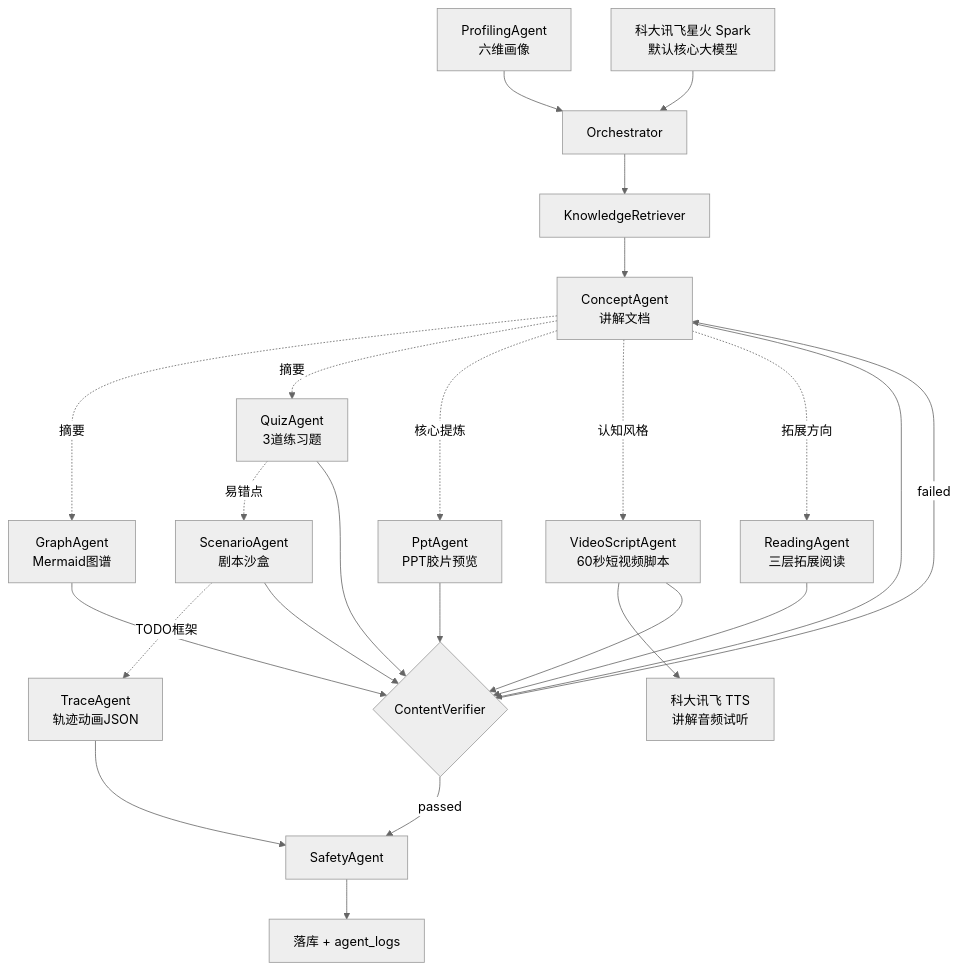
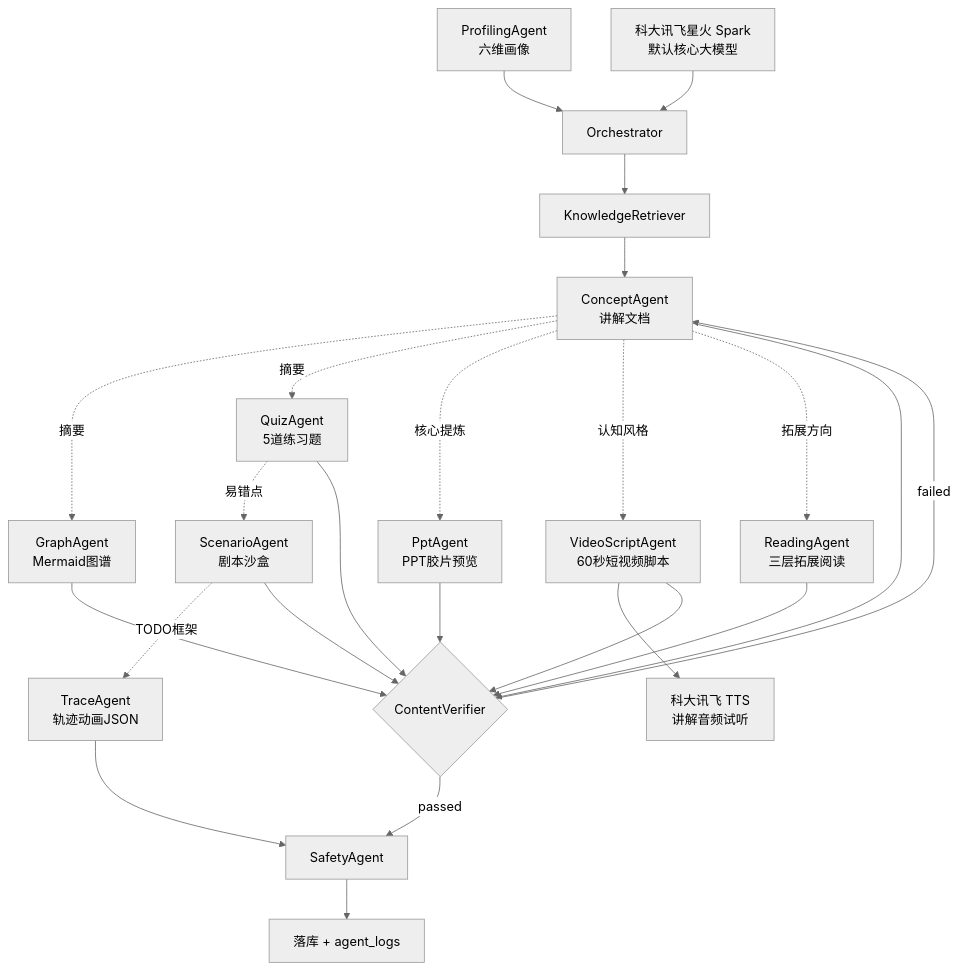
The second of 3 diagrams in README.md (GhostYEH/AlgoPilot), drawn with Mermaid (neutral theme) before and after one commit. The commit also changed other lines of this file and 133 other files, not shown here.

````diff
--- a/README.md
+++ b/README.md
@@ -139,26 +139,26 @@
 ```mermaid
 flowchart TD
   PROFILE[ProfilingAgent<br/>六维画像] --> ORCH[Orchestrator]
   SPARK[科大讯飞星火 Spark<br/>默认核心大模型] --> ORCH
   ORCH --> RAG[KnowledgeRetriever]
   RAG --> CONCEPT[ConceptAgent<br/>讲解文档]
   CONCEPT -.摘要.-> GRAPH[GraphAgent<br/>Mermaid图谱]
-  CONCEPT -.摘要.-> QUIZ[QuizAgent<br/>3道练习题]
+  CONCEPT -.摘要.-> QUIZ[QuizAgent<br/>5道练习题]
   QUIZ -.易错点.-> SCENARIO[ScenarioAgent<br/>剧本沙盒]
   SCENARIO -.TODO框架.-> TRACE[TraceAgent<br/>轨迹动画JSON]
   CONCEPT -.核心提炼.-> PPT[PptAgent<br/>PPT胶片预览]
   CONCEPT -.认知风格.-> VIDEO[VideoScriptAgent<br/>60秒短视频脚本]
   CONCEPT -.拓展方向.-> READ[ReadingAgent<br/>三层拓展阅读]
   VIDEO --> TTS[科大讯飞 TTS<br/>讲解音频试听]
   CONCEPT --> VERIFY{ContentVerifier}
   GRAPH --> VERIFY
   QUIZ --> VERIFY
   SCENARIO --> VERIFY
   PPT --> VERIFY
   VIDEO --> VERIFY
   READ --> VERIFY
   TRACE --> SAFETY[SafetyAgent]
   VERIFY -->|passed| SAFETY
   VERIFY -->|failed| CONCEPT
   SAFETY --> STORE[落库 + agent_logs]
 ```
````
